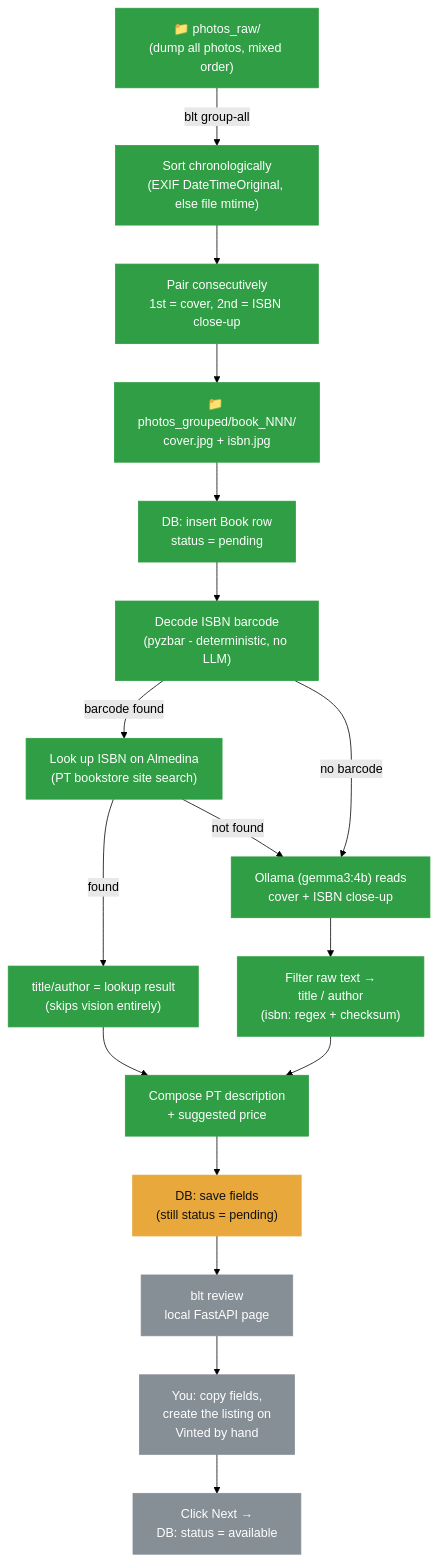
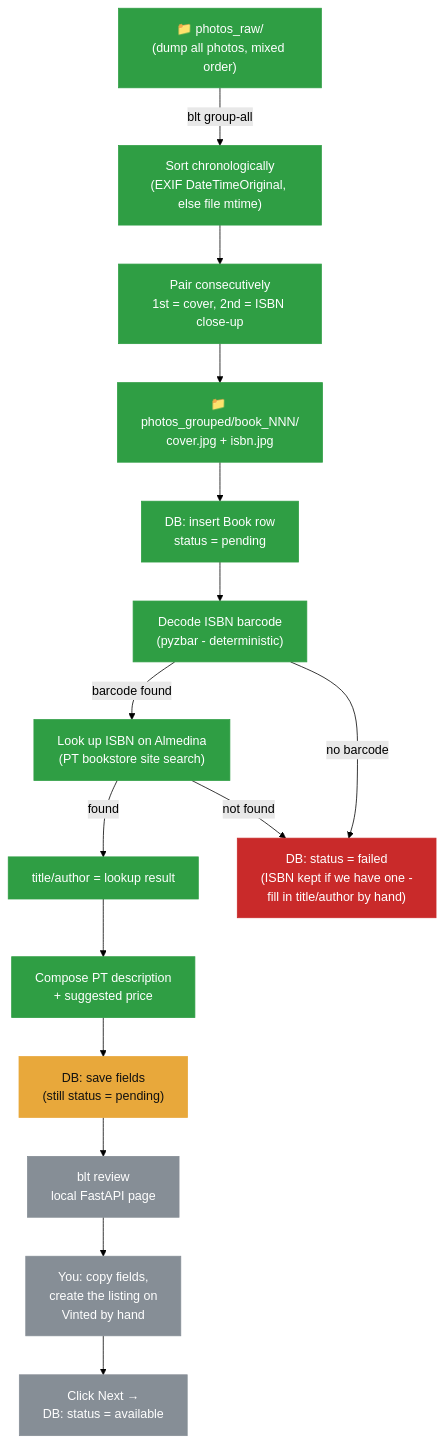
One commit to gab-es21/book-listing-automation changed the diagram in README.md. Above: the diagram before and after it, drawn with Mermaid (forest theme). The commit also changed other lines of this file and 11 other files, not shown here.

First line of the commit message:
Drop vision/LLM fallback: barcode+Almedina or fail for manual entry

````diff
--- a/README.md
+++ b/README.md
@@ -13,30 +13,30 @@
 ```mermaid
 flowchart TD
     A["📁 photos_raw/\n(dump all photos, mixed order)"] -->|"blt group-all"| B["Sort chronologically\n(EXIF DateTimeOriginal, else file mtime)"]
     B --> C["Pair consecutively\n1st = cover, 2nd = ISBN close-up"]
     C --> D["📁 photos_grouped/book_NNN/\ncover.jpg + isbn.jpg"]
     D --> E["DB: insert Book row\nstatus = pending"]
 
-    E --> F["Decode ISBN barcode\n(pyzbar - deterministic, no LLM)"]
+    E --> F["Decode ISBN barcode\n(pyzbar - deterministic)"]
     F -->|"barcode found"| G["Look up ISBN on Almedina\n(PT bookstore site search)"]
-    G -->|"found"| H1["title/author = lookup result\n(skips vision entirely)"]
-    G -->|"not found"| F2
-    F -->|"no barcode"| F2["Ollama (gemma3:4b) reads\ncover + ISBN close-up"]
-    F2 --> G2["Filter raw text →\ntitle / author\n(isbn: regex + checksum)"]
+    G -->|"found"| H1["title/author = lookup result"]
+    G -->|"not found"| Z["DB: status = failed\n(ISBN kept if we have one -\nfill in title/author by hand)"]
+    F -->|"no barcode"| Z
 
     H1 --> I["Compose PT description\n+ suggested price"]
-    G2 --> I
     I --> J["DB: save fields\n(still status = pending)"]
 
     J --> K["blt review\nlocal FastAPI page"]
     K --> L["You: copy fields,\ncreate the listing on\nVinted by hand"]
     L --> M["Click Next →\nDB: status = available"]
 
-    class A,B,C,D,E,F,G,H1,F2,G2,I done
+    class A,B,C,D,E,F,G,H1,I done
     class J building
     class K,L,M todo
+    class Z failed
 
     classDef done fill:#2f9e44,color:#fff,stroke:#2f9e44
     classDef building fill:#e8a83b,color:#111,stroke:#e8a83b
     classDef todo fill:#868e96,color:#fff,stroke:#868e96
+    classDef failed fill:#c92a2a,color:#fff,stroke:#c92a2a
 ```
````
